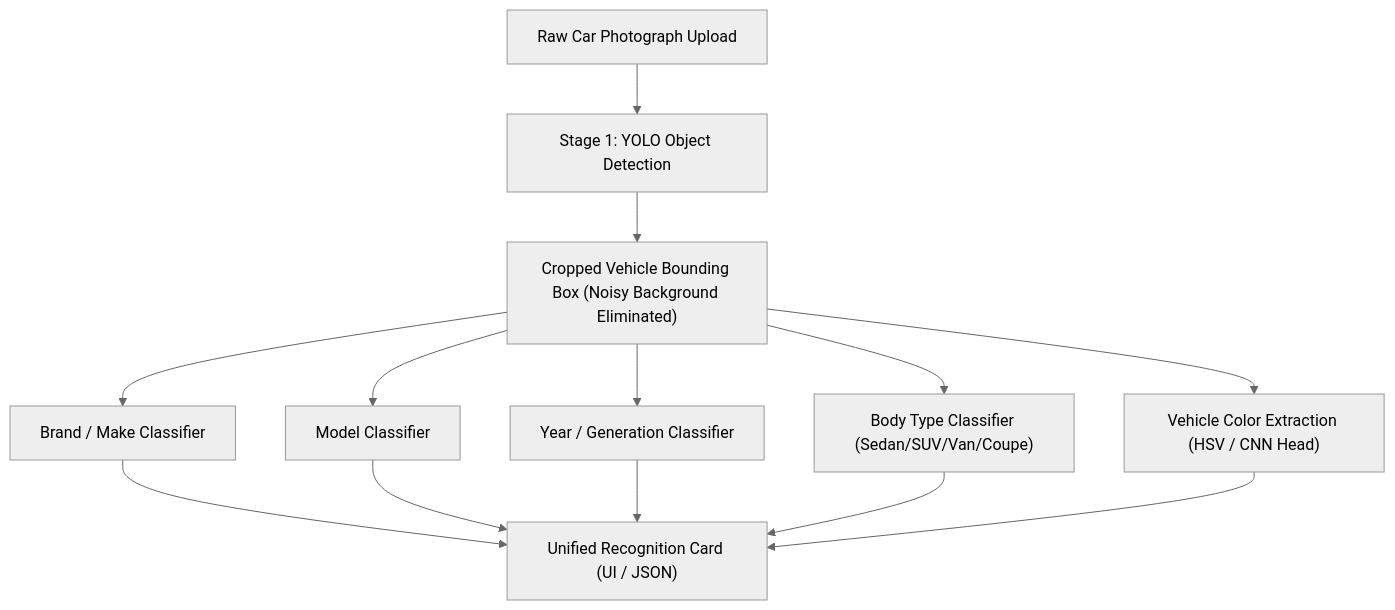
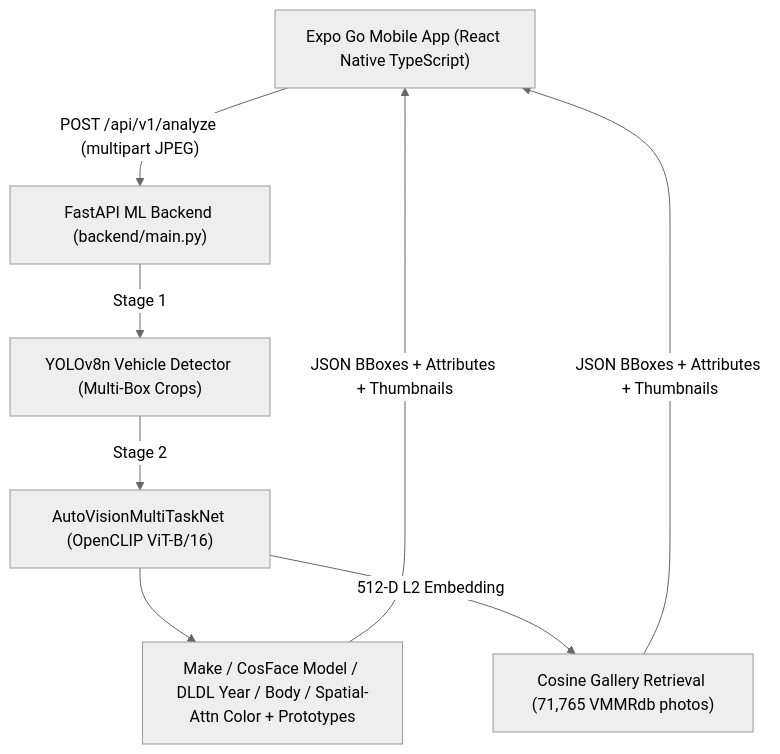
Before and after one commit to Emadwalidc/AutoVision: the diagram in README.md, drawn with Mermaid (neutral theme). The commit also changed other lines of this file and 31 other files, not shown here.

Commit message:
feat: add Expo Go mobile app and update project docs

````diff
--- a/README.md
+++ b/README.md
@@ -21,11 +22,9 @@
 ```mermaid
 flowchart TD
-    A["Raw Car Photograph Upload"] --> B["Stage 1: YOLO Object Detection"]
-    B --> C["Cropped Vehicle Bounding Box (Noisy Background Eliminated)"]
-    C --> D1["Brand / Make Classifier"]
-    C --> D2["Model Classifier"]
-    C --> D3["Year / Generation Classifier"]
-    C --> D4["Body Type Classifier (Sedan/SUV/Van/Coupe)"]
-    C --> D5["Vehicle Color Extraction (HSV / CNN Head)"]
-    D1 & D2 & D3 & D4 & D5 --> E["Unified Recognition Card (UI / JSON)"]
+    Mobile["Expo Go Mobile App (React Native TypeScript)"] -->|"POST /api/v1/analyze (multipart JPEG)"| API["FastAPI ML Backend (backend/main.py)"]
+    API -->|"Stage 1"| YOLO["YOLOv8n Vehicle Detector (Multi-Box Crops)"]
+    YOLO -->|"Stage 2"| ViT["AutoVisionMultiTaskNet (OpenCLIP ViT-B/16)"]
+    ViT --> Heads["Make / CosFace Model / DLDL Year / Body / Spatial-Attn Color + Prototypes"]
+    ViT -->|"512-D L2 Embedding"| Cosine["Cosine Gallery Retrieval (71,765 VMMRdb photos)"]
+    Heads & Cosine -->|"JSON BBoxes + Attributes + Thumbnails"| Mobile
 ```
````
